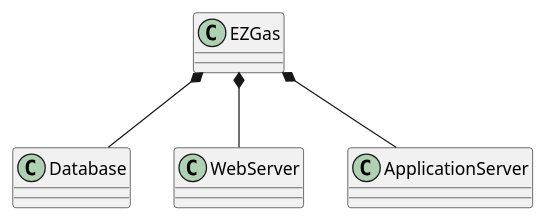
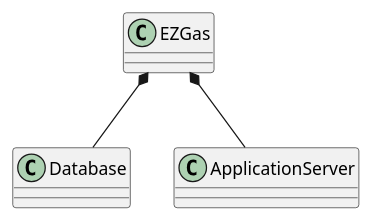
The fourth of 5 diagrams in docs/RequirementsDocument.md (CangaRouter/ExGas), drawn with PlantUML before and after one commit. The commit also changed other lines of this file, not shown here.

Commit message:
docs: fix system design and deployment diagram

````diff
--- a/docs/RequirementsDocument.md
+++ b/docs/RequirementsDocument.md
@@ -553,11 +553,11 @@
 ```plantuml
 @startuml
 Class EZGas 
 Class Database 
-Class WebServer 
+ 
 Class ApplicationServer
 EZGas *-- Database
-EZGas *-- WebServer
+
 EZGas *-- ApplicationServer
 @enduml
 ```
````
